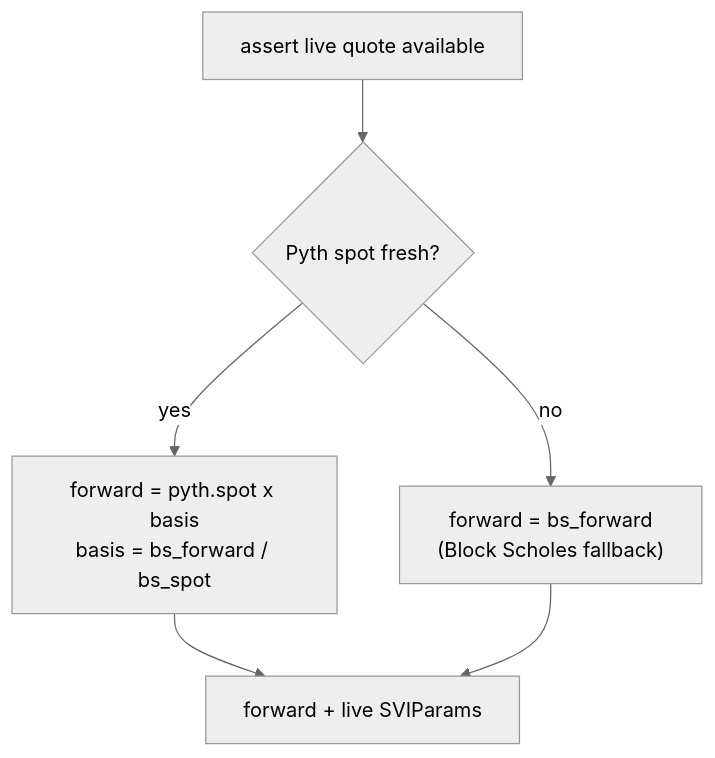
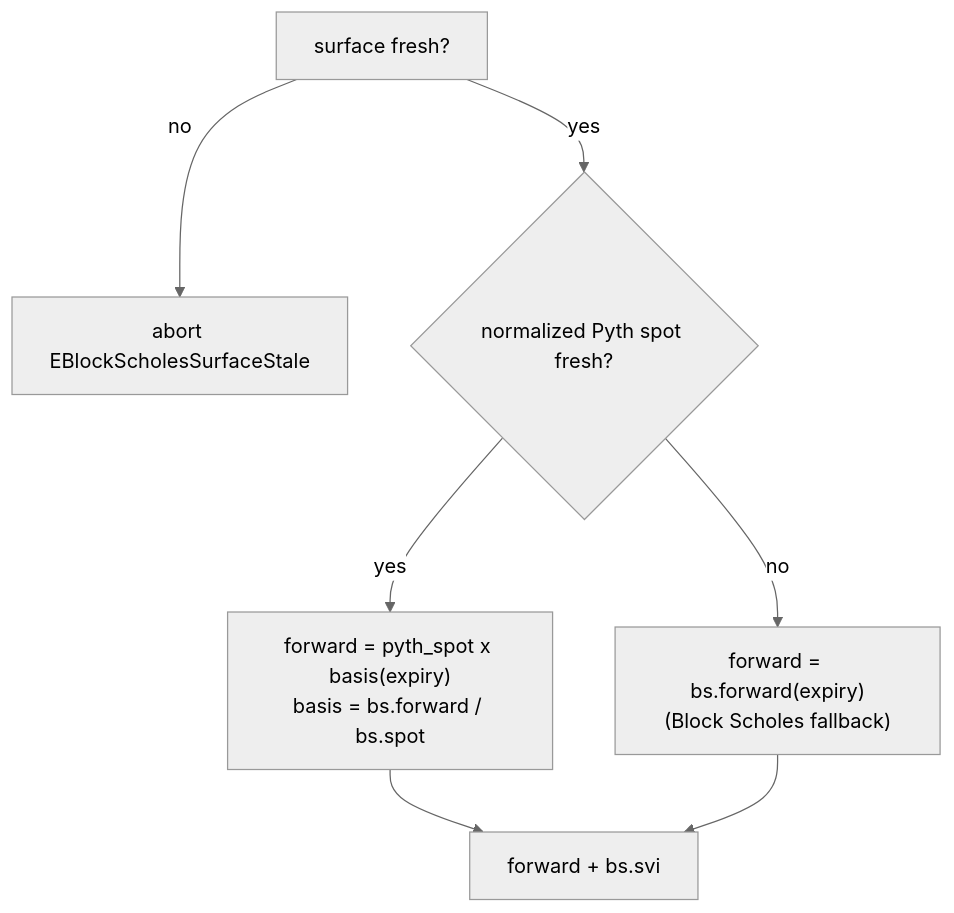
Before and after one commit to MystenLabs/deepbookv3: the diagram in packages/predict/docs/concepts/pricing-and-oracles.md, drawn with Mermaid (neutral theme). The commit also changed other lines of this file and 236 other files, not shown here.

````diff
--- a/packages/predict/docs/concepts/pricing-and-oracles.md
+++ b/packages/predict/docs/concepts/pricing-and-oracles.md
@@ -76,8 +85,9 @@
 ```mermaid
 flowchart TD
-    A[assert live quote available] --> B{Pyth spot fresh?}
-    B -- yes --> C["forward = pyth.spot x basis<br/>basis = bs_forward / bs_spot"]
-    B -- no --> D["forward = bs_forward<br/>(Block Scholes fallback)"]
-    C --> E[forward + live SVIParams]
+    A[surface fresh?] -- no --> X[abort EBlockScholesSurfaceStale]
+    A -- yes --> B{normalized Pyth spot fresh?}
+    B -- yes --> C["forward = pyth_spot x basis(expiry)<br/>basis = bs.forward / bs.spot"]
+    B -- no --> D["forward = bs.forward(expiry)<br/>(Block Scholes fallback)"]
+    C --> E[forward + bs.svi]
     D --> E
 ```
````
